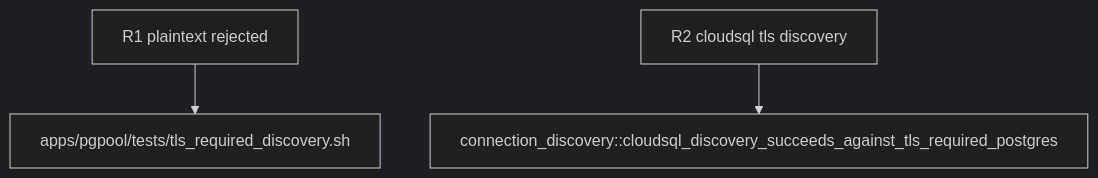
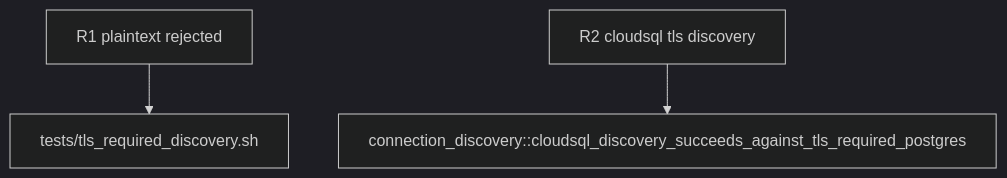
One commit to faberline/pgpool changed the third of 3 diagrams in tech-design/logic/prove-managed-discovery-against-tls-required-postgresql.md. Above: the diagram before and after it, drawn with Mermaid (dark theme). The commit also changed other lines of this file and 120 other files, not shown here.

````diff
--- a/tech-design/logic/prove-managed-discovery-against-tls-required-postgresql.md
+++ b/tech-design/logic/prove-managed-discovery-against-tls-required-postgresql.md
@@ -76,21 +76,21 @@
 ```mermaid
 ---
 id: pgpool-managed-discovery-tls-required-proof-verification
 requirements:
   cloudsql_tls_discovery:
     id: R2
     text: "CloudSql discovery trusts the fixture CA and returns runtime connection facts after a real Rustls PostgreSQL handshake."
     kind: integration
     risk: high
     verify: connection_discovery::cloudsql_discovery_succeeds_against_tls_required_postgres
   plaintext_rejected:
     id: R1
     text: "The disposable PostgreSQL fixture accepts only hostssl connections and its proof script fails if an explicit plaintext client is accepted."
     kind: integration
     risk: high
-    verify: apps/pgpool/tests/tls_required_discovery.sh
+    verify: tests/tls_required_discovery.sh
 ---
 flowchart TD
-    r1[R1 plaintext rejected] --> apps_pgpool_tests_tls_required_discovery_sh[apps/pgpool/tests/tls_required_discovery.sh]
+    r1[R1 plaintext rejected] --> apps_pgpool_tests_tls_required_discovery_sh[tests/tls_required_discovery.sh]
     r2[R2 cloudsql tls discovery] --> connection_discovery_cloudsql_discovery_succeeds_against_tls_required_postgres[connection_discovery::cloudsql_discovery_succeeds_against_tls_required_postgres]
 ```
````
